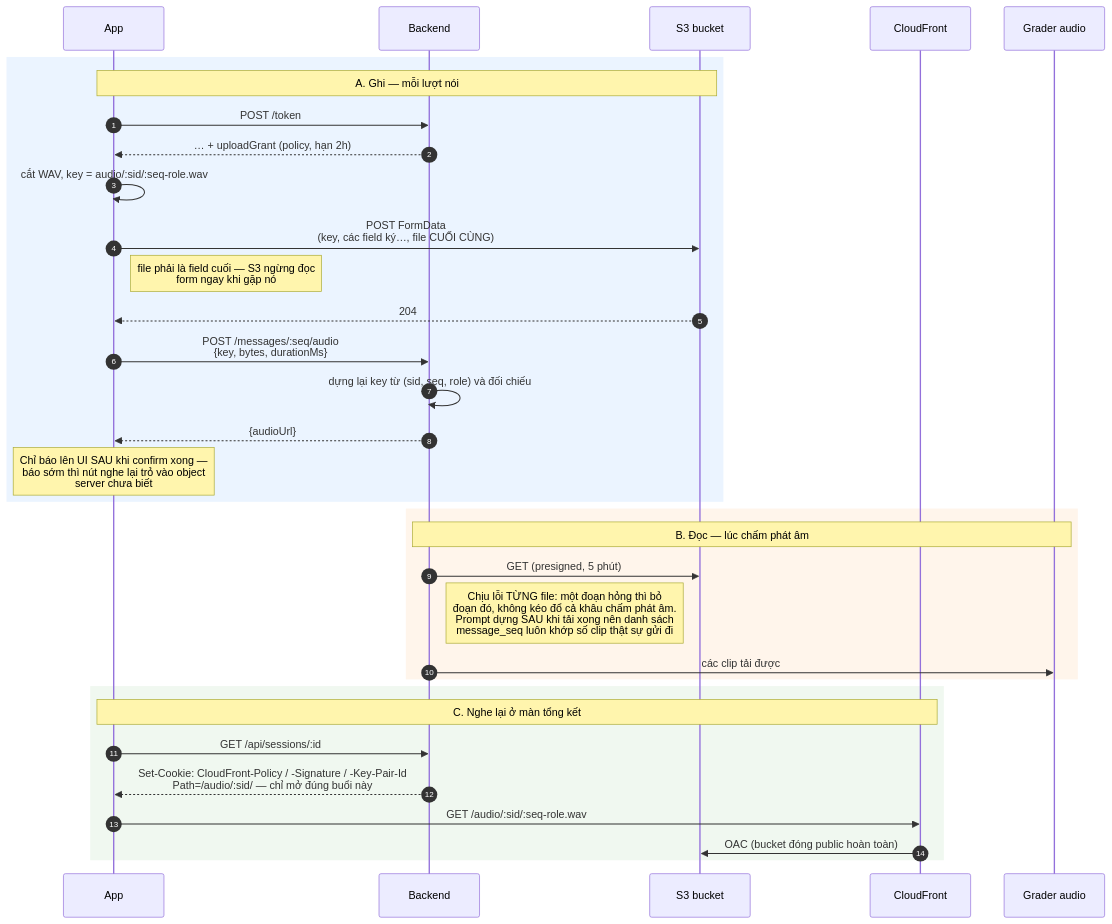
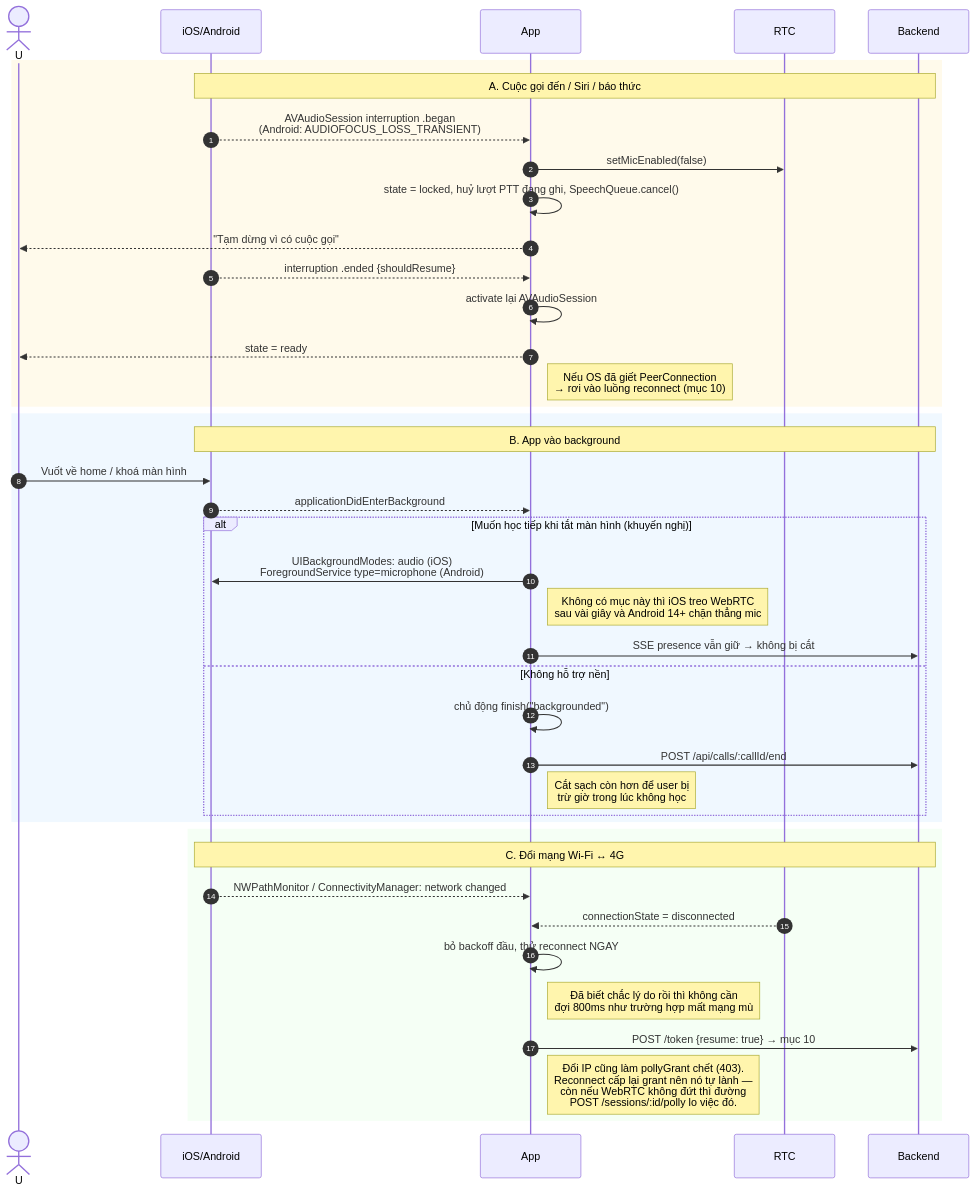
One commit to buingocthanh239/ai-talk-webrtc changed diagram 17 of 17 in docs/ai-talk-flow.md. Above: the diagram before and after it, drawn with Mermaid. The commit also changed other lines of this file and 3 other files, not shown here.

````diff
--- a/docs/ai-talk-flow.md
+++ b/docs/ai-talk-flow.md
@@ -575,38 +973,46 @@
 ```mermaid
 sequenceDiagram
     autonumber
+    actor U
+    participant OS as iOS/Android
     participant App
+    participant RTC
     participant BE as Backend
-    participant S3 as S3 bucket
-    participant CDN as CloudFront
-    participant GA as Grader audio
 
-    rect rgb(235, 244, 255)
-        Note over App,S3: A. Ghi — mỗi lượt nói
-        App->>BE: POST /token
-        BE-->>App: … + uploadGrant (policy, hạn 2h)
-        App->>App: cắt WAV, key = audio/:sid/:seq-role.wav
-        App->>S3: POST FormData<br/>(key, các field ký…, file CUỐI CÙNG)
-        Note right of App: file phải là field cuối — S3 ngừng đọc<br/>form ngay khi gặp nó
-        S3-->>App: 204
-        App->>BE: POST /messages/:seq/audio<br/>{key, bytes, durationMs}
-        BE->>BE: dựng lại key từ (sid, seq, role) và đối chiếu
-        BE-->>App: {audioUrl}
-        Note over App: Chỉ báo lên UI SAU khi confirm xong —<br/>báo sớm thì nút nghe lại trỏ vào object<br/>server chưa biết
+    rect rgb(255, 250, 235)
+        Note over OS,BE: A. Cuộc gọi đến / Siri / báo thức
+        OS-->>App: AVAudioSession interruption .began<br/>(Android: AUDIOFOCUS_LOSS_TRANSIENT)
+        App->>RTC: setMicEnabled(false)
+        App->>App: state = locked, huỷ lượt PTT đang ghi, SpeechQueue.cancel()
+        App-->>U: "Tạm dừng vì có cuộc gọi"
+        OS-->>App: interruption .ended {shouldResume}
+        App->>App: activate lại AVAudioSession
+        App-->>U: state = ready
+        Note right of App: Nếu OS đã giết PeerConnection<br/>→ rơi vào luồng reconnect (mục 10)
     end
 
-    rect rgb(255, 245, 235)
-        Note over BE,GA: B. Đọc — lúc chấm phát âm
-        BE->>S3: GET (presigned, 5 phút)
-        Note right of BE: Chịu lỗi TỪNG file: một đoạn hỏng thì bỏ<br/>đoạn đó, không kéo đổ cả khâu chấm phát âm.<br/>Prompt dựng SAU khi tải xong nên danh sách<br/>message_seq luôn khớp số clip thật sự gửi đi
-        BE->>GA: các clip tải được
+    rect rgb(240, 248, 255)
+        Note over OS,BE: B. App vào background
+        U->>OS: Vuốt về home / khoá màn hình
+        OS-->>App: applicationDidEnterBackground
+        alt Muốn học tiếp khi tắt màn hình (khuyến nghị)
+            App->>OS: UIBackgroundModes: audio (iOS)<br/>ForegroundService type=microphone (Android)
+            Note right of App: Không có mục này thì iOS treo WebRTC<br/>sau vài giây và Android 14+ chặn thẳng mic
+            App->>BE: SSE presence vẫn giữ → không bị cắt
+        else Không hỗ trợ nền
+            App->>App: chủ động finish("backgrounded")
+            App->>BE: POST /api/calls/:callId/end
+            Note right of App: Cắt sạch còn hơn để user bị<br/>trừ giờ trong lúc không học
+        end
     end
 
-    rect rgb(240, 248, 240)
-        Note over App,CDN: C. Nghe lại ở màn tổng kết
-        App->>BE: GET /api/sessions/:id
-        BE-->>App: Set-Cookie: CloudFront-Policy / -Signature / -Key-Pair-Id<br/>Path=/audio/:sid/ — chỉ mở đúng buổi này
-        App->>CDN: GET /audio/:sid/:seq-role.wav
-        CDN->>S3: OAC (bucket đóng public hoàn toàn)
+    rect rgb(245, 255, 245)
+        Note over OS,BE: C. Đổi mạng Wi-Fi ↔ 4G
+        OS-->>App: NWPathMonitor / ConnectivityManager: network changed
+        RTC-->>App: connectionState = disconnected
+        App->>App: bỏ backoff đầu, thử reconnect NGAY
+        Note right of App: Đã biết chắc lý do rồi thì không cần<br/>đợi 800ms như trường hợp mất mạng mù
+        App->>BE: POST /token {resume: true} → mục 10
+        Note right of App: Đổi IP cũng làm pollyGrant chết (403).<br/>Reconnect cấp lại grant nên nó tự lành —<br/>còn nếu WebRTC không đứt thì đường<br/>POST /sessions/:id/polly lo việc đó.
     end
 ```
````
